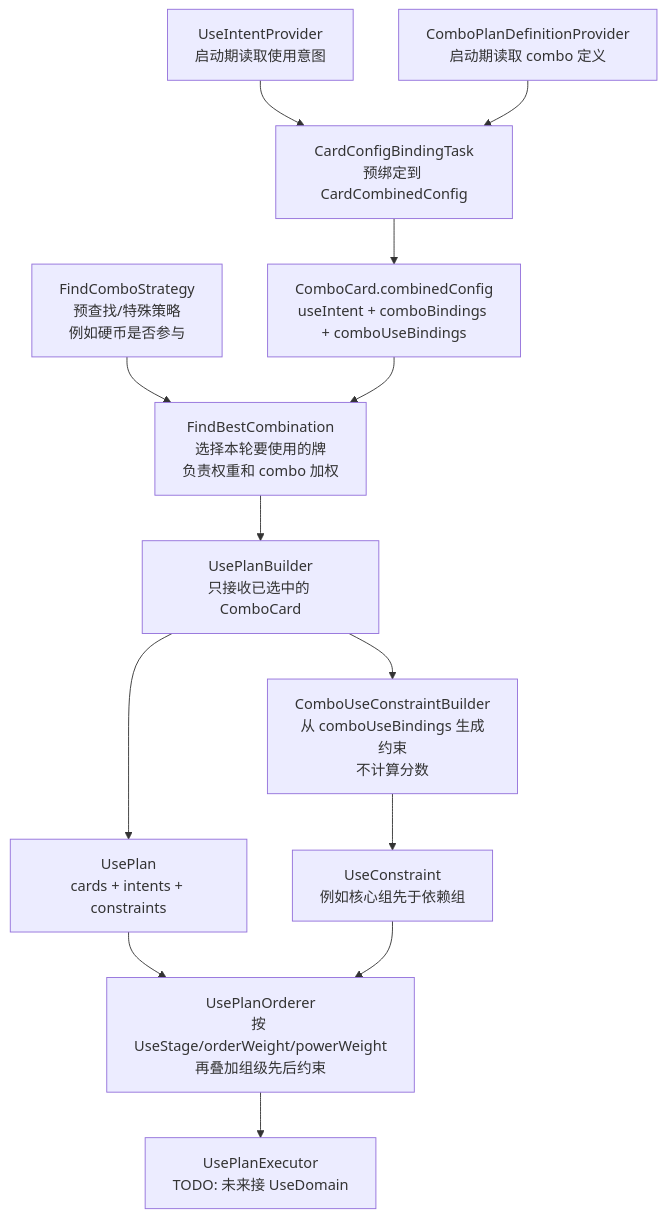
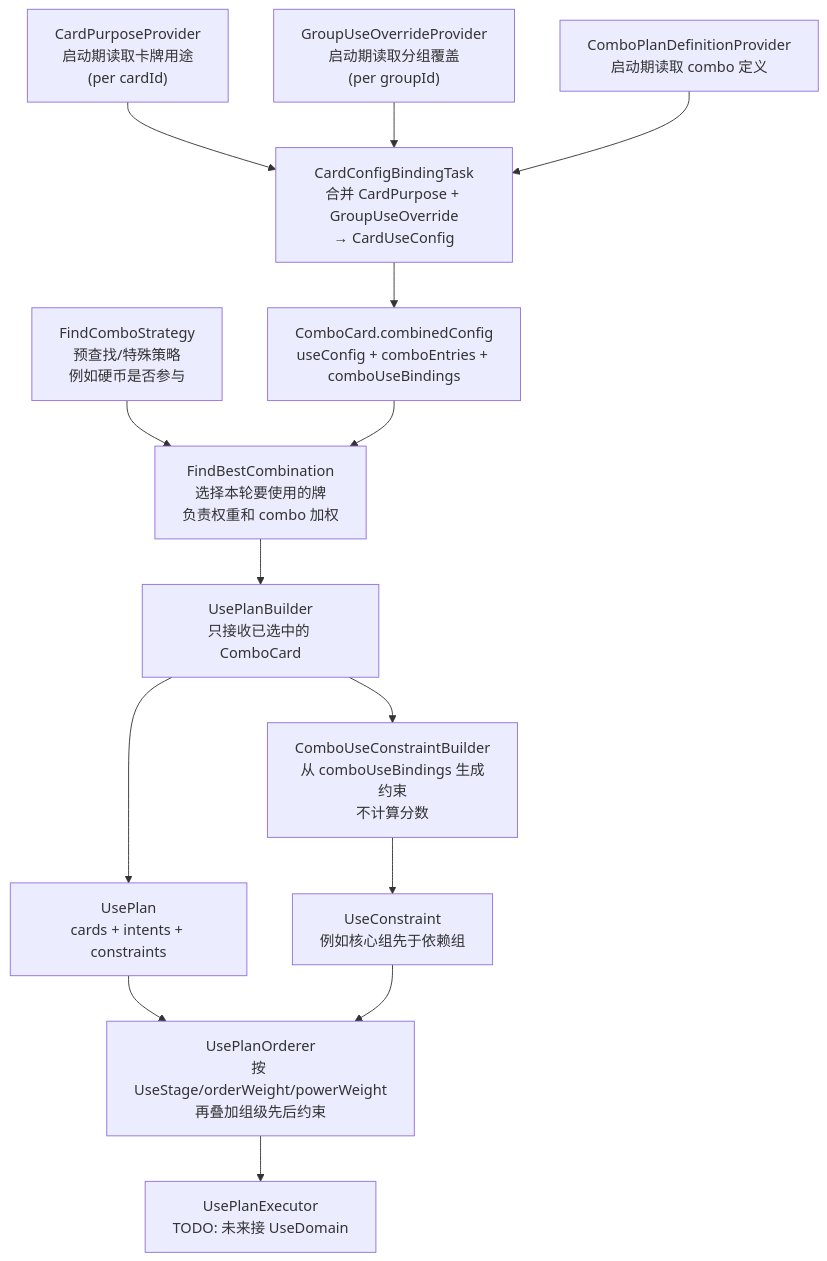
One commit to to52360/WeightHandlerStrategy changed the diagram in WeightHanderStrategy/src/main/kotlin/lin/domain/use/plan/使用编排说明文档.md. Above: the diagram before and after it, drawn with Mermaid. The commit also changed other lines of this file and 16 other files, not shown here.

````diff
--- a/WeightHanderStrategy/src/main/kotlin/lin/domain/use/plan/使用编排说明文档.md
+++ b/WeightHanderStrategy/src/main/kotlin/lin/domain/use/plan/使用编排说明文档.md
@@ -54,15 +54,16 @@
 ```mermaid
 flowchart TD
     A["FindComboStrategy<br/>预查找/特殊策略<br/>例如硬币是否参与"] --> B["FindBestCombination<br/>选择本轮要使用的牌<br/>负责权重和 combo 加权"]
-  D["UseIntentProvider<br/>启动期读取使用意图"] --> E["CardConfigBindingTask<br/>预绑定到 CardCombinedConfig"]
+  D1["CardPurposeProvider<br/>启动期读取卡牌用途<br/>(per cardId)"] --> E["CardConfigBindingTask<br/>合并 CardPurpose + GroupUseOverride<br/>→ CardUseConfig"]
+  D2["GroupUseOverrideProvider<br/>启动期读取分组覆盖<br/>(per groupId)"] --> E
   F["ComboPlanDefinitionProvider<br/>启动期读取 combo 定义"] --> E
-  E --> G["ComboCard.combinedConfig<br/>useIntent + comboBindings + comboUseBindings"]
+  E --> G["ComboCard.combinedConfig<br/>useConfig + comboEntries + comboUseBindings"]
   G --> B
     B --> C["UsePlanBuilder<br/>只接收已选中的 ComboCard"]
   C --> H["UsePlan<br/>cards + intents + constraints"]
   C --> I["ComboUseConstraintBuilder<br/>从 comboUseBindings 生成约束<br/>不计算分数"]
   I --> J["UseConstraint<br/>例如核心组先于依赖组"]
   H --> K["UsePlanOrderer<br/>按 UseStage/orderWeight/powerWeight<br/>再叠加组级先后约束"]
   J --> K
   K --> L["UsePlanExecutor<br/>TODO: 未来接 UseDomain"]
 ```
````
